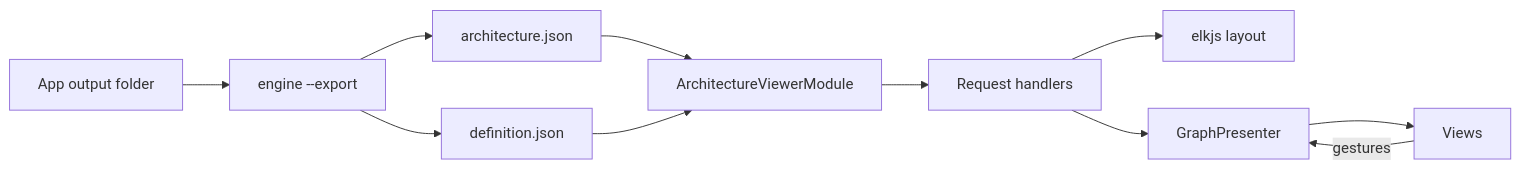
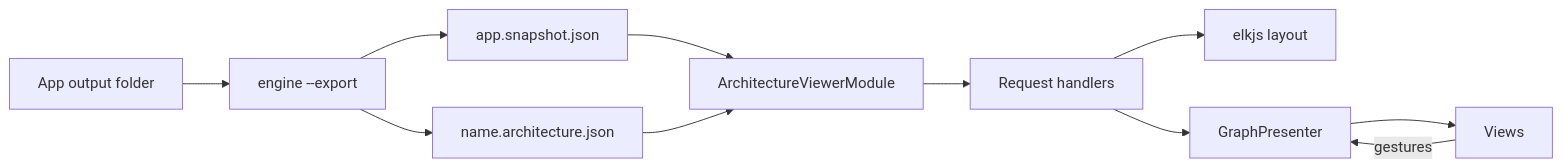
One commit to MgCohen/vsa-template changed the diagram in docs/viewer.md. Above: the diagram before and after it, drawn with Mermaid. The commit also changed other lines of this file and 44 other files, not shown here.

First line of the commit message:
Name the files <architecture>.architecture.json and <app>.snapshot.json

````diff
--- a/docs/viewer.md
+++ b/docs/viewer.md
@@ -30,13 +30,13 @@
 ```mermaid
 flowchart LR
     A[App output folder] --> X[engine --export]
-    X --> D[architecture.json]
-    X --> F[definition.json]
+    X --> D[app.snapshot.json]
+    X --> F[name.architecture.json]
     D --> M[ArchitectureViewerModule]
     F --> M
     M --> H[Request handlers]
     H --> E[elkjs layout]
     H --> P[GraphPresenter]
     P --> V[Views]
     V -->|gestures| P
 ```
````
